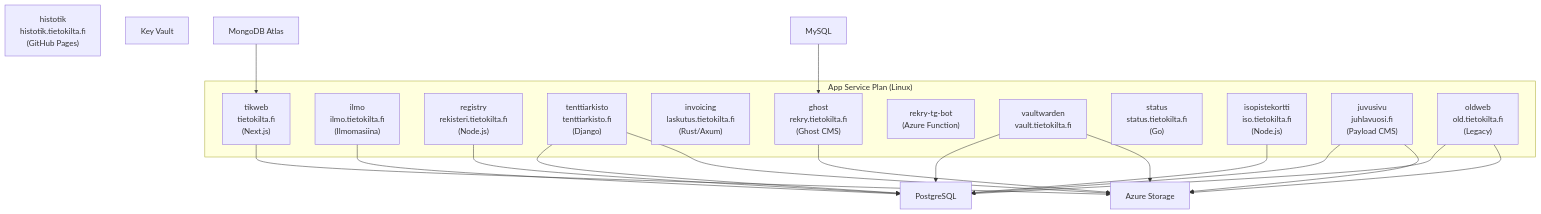
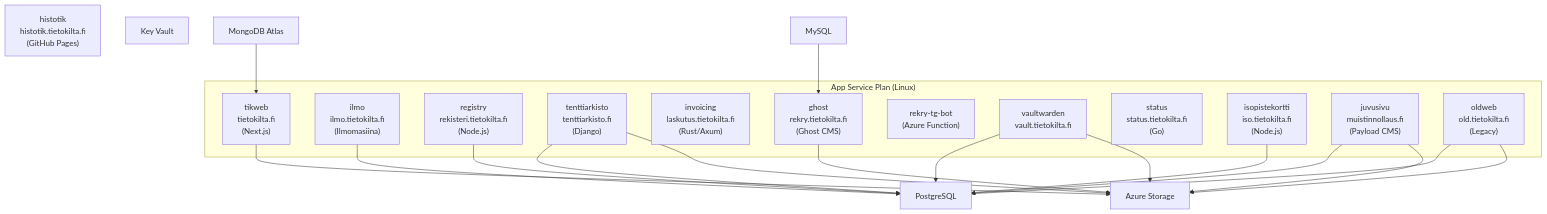
Before and after one commit to Tietokilta/infra: the second of 4 diagrams in docs/ARCHITECTURE.md, drawn with Mermaid. The commit also changed 4 other files, not shown here.

````diff
--- a/docs/ARCHITECTURE.md
+++ b/docs/ARCHITECTURE.md
@@ -36,34 +36,34 @@
 ```mermaid
 graph TD
     subgraph ASP["App Service Plan (Linux)"]
         tikweb["tikweb<br/>tietokilta.fi<br/>(Next.js)"]
         ilmo["ilmo<br/>ilmo.tietokilta.fi<br/>(Ilmomasiina)"]
         registry["registry<br/>rekisteri.tietokilta.fi<br/>(Node.js)"]
         tenttiarkisto["tenttiarkisto<br/>tenttiarkisto.fi<br/>(Django)"]
         invoicing["invoicing<br/>laskutus.tietokilta.fi<br/>(Rust/Axum)"]
         ghost["ghost<br/>rekry.tietokilta.fi<br/>(Ghost CMS)"]
         rekry_bot["rekry-tg-bot<br/>(Azure Function)"]
         vaultwarden["vaultwarden<br/>vault.tietokilta.fi"]
         status["status<br/>status.tietokilta.fi<br/>(Go)"]
         isopistekortti["isopistekortti<br/>iso.tietokilta.fi<br/>(Node.js)"]
-        juvusivu["juvusivu<br/>juhlavuosi.fi<br/>(Payload CMS)"]
+        juvusivu["juvusivu<br/>muistinnollaus.fi<br/>(Payload CMS)"]
         oldweb["oldweb<br/>old.tietokilta.fi<br/>(Legacy)"]
     end
 
     histotik["histotik<br/>histotik.tietokilta.fi<br/>(GitHub Pages)"]
 
     PG[PostgreSQL]
     KV[Key Vault]
     Storage[Azure Storage]
     Mongo[MongoDB Atlas]
     MySQL[MySQL]
 
     Mongo --> tikweb
     MySQL --> ghost
 
     ilmo & registry & tenttiarkisto & oldweb --> PG
     juvusivu & isopistekortti & vaultwarden --> PG
 
     tikweb & juvusivu & tenttiarkisto --> Storage
     ghost & vaultwarden & oldweb --> Storage
 ```
````
